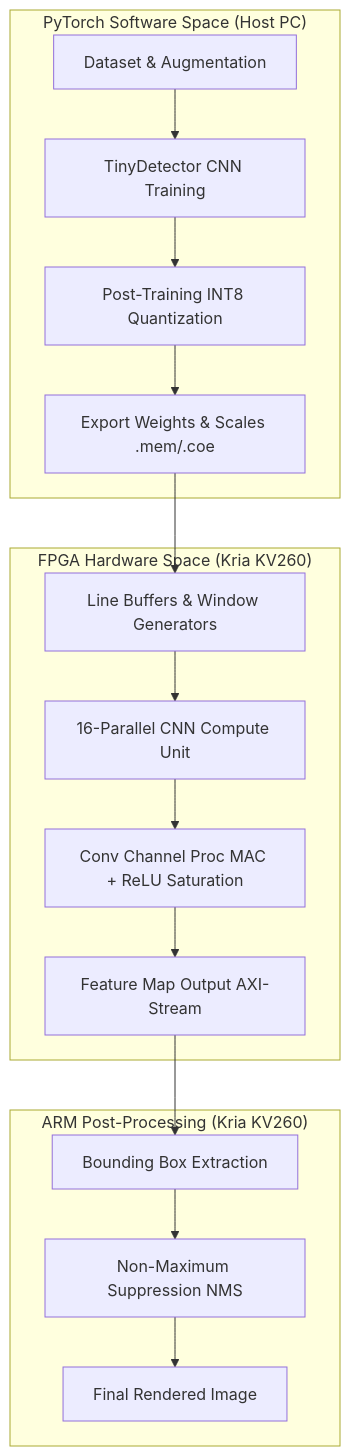
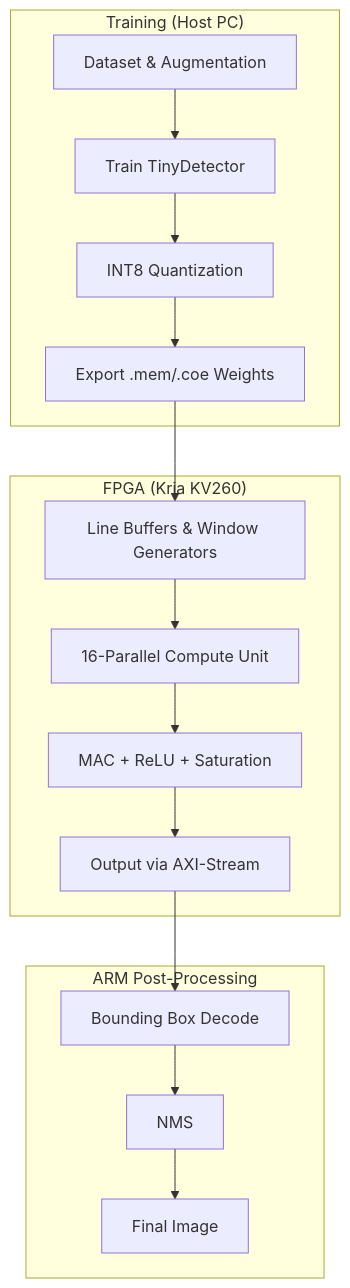
One commit to Chaitanya63059/Hardware-Accelerated_CNN changed the diagram in README.md. Above: the diagram before and after it, drawn with Mermaid. The commit also changed other lines of this file, not shown here.

````diff
--- a/README.md
+++ b/README.md
@@ -12,21 +18,21 @@
 ```mermaid
 graph TD
-    subgraph "PyTorch Software Space (Host PC)"
-        A[Dataset & Augmentation] --> B[TinyDetector CNN Training]
-        B --> C[Post-Training INT8 Quantization]
-        C --> D[Export Weights & Scales .mem/.coe]
+    subgraph "Training (Host PC)"
+        A[Dataset & Augmentation] --> B[Train TinyDetector]
+        B --> C[INT8 Quantization]
+        C --> D[Export .mem/.coe Weights]
     end
 
-    subgraph "FPGA Hardware Space (Kria KV260)"
+    subgraph "FPGA (Kria KV260)"
         D --> E[Line Buffers & Window Generators]
-        E --> F[16-Parallel CNN Compute Unit]
-        F --> G[Conv Channel Proc MAC + ReLU Saturation]
-        G --> H[Feature Map Output AXI-Stream]
+        E --> F[16-Parallel Compute Unit]
+        F --> G[MAC + ReLU + Saturation]
+        G --> H[Output via AXI-Stream]
     end
 
-    subgraph "ARM Post-Processing (Kria KV260)"
-        H --> I[Bounding Box Extraction]
-        I --> J[Non-Maximum Suppression NMS]
-        J --> K[Final Rendered Image]
+    subgraph "ARM Post-Processing"
+        H --> I[Bounding Box Decode]
+        I --> J[NMS]
+        J --> K[Final Image]
     end
 ```
````
